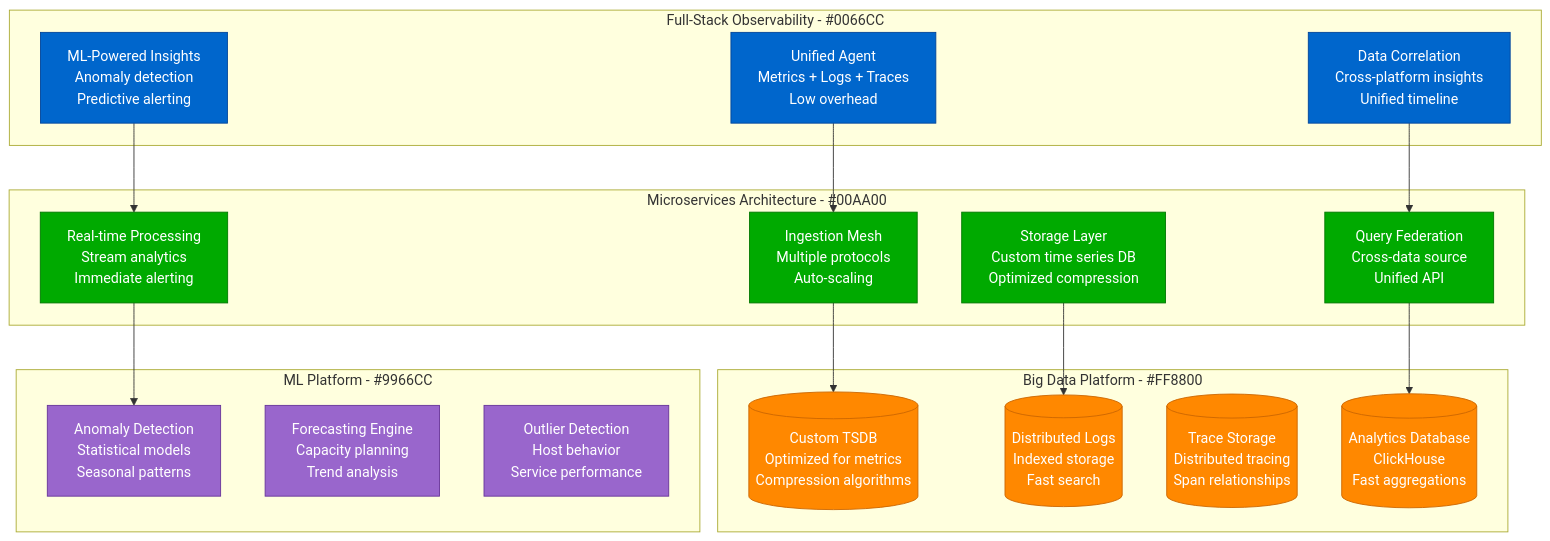
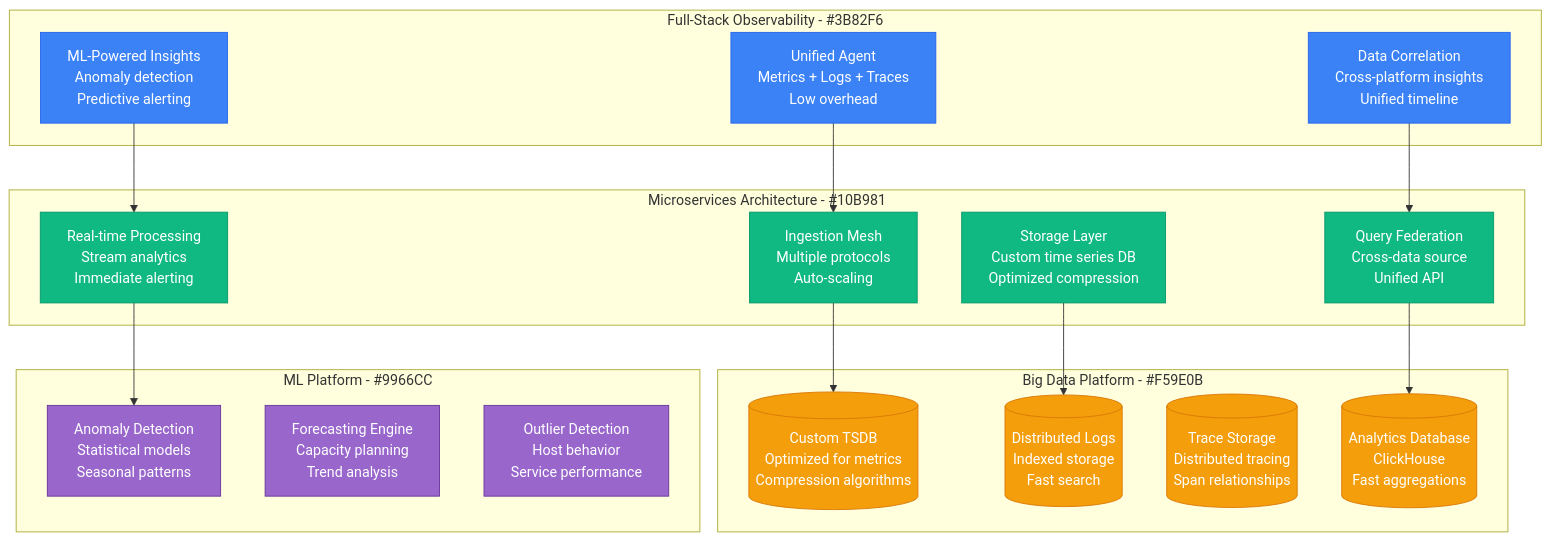
One commit to deepaucksharma/DS changed the third of 3 diagrams in site/docs/scaling/datadog-scale-evolution.md. Above: the diagram before and after it, drawn with Mermaid. The commit also changed other lines of this file and 187 other files, not shown here.

````diff
--- a/site/docs/scaling/datadog-scale-evolution.md
+++ b/site/docs/scaling/datadog-scale-evolution.md
@@ -120,46 +120,46 @@
 ```mermaid
 graph TB
-    subgraph ObservabilityPlatform[Full-Stack Observability - #0066CC]
+    subgraph ObservabilityPlatform[Full-Stack Observability - #3B82F6]
         UNIFIED_AGENT[Unified Agent<br/>Metrics + Logs + Traces<br/>Low overhead]
         CORRELATION[Data Correlation<br/>Cross-platform insights<br/>Unified timeline]
         ML_INSIGHTS[ML-Powered Insights<br/>Anomaly detection<br/>Predictive alerting]
     end
 
-    subgraph MicroservicesArch[Microservices Architecture - #00AA00]
+    subgraph MicroservicesArch[Microservices Architecture - #10B981]
         INGESTION_MESH[Ingestion Mesh<br/>Multiple protocols<br/>Auto-scaling]
         STORAGE_LAYER[Storage Layer<br/>Custom time series DB<br/>Optimized compression]
         QUERY_FEDERATION[Query Federation<br/>Cross-data source<br/>Unified API]
         REAL_TIME[Real-time Processing<br/>Stream analytics<br/>Immediate alerting]
     end
 
-    subgraph BigDataPlatform[Big Data Platform - #FF8800]
+    subgraph BigDataPlatform[Big Data Platform - #F59E0B]
         TIME_SERIES_DB[(Custom TSDB<br/>Optimized for metrics<br/>Compression algorithms)]
         DISTRIBUTED_LOGS[(Distributed Logs<br/>Indexed storage<br/>Fast search)]
         TRACE_STORAGE[(Trace Storage<br/>Distributed tracing<br/>Span relationships)]
         ANALYTICS_DB[(Analytics Database<br/>ClickHouse<br/>Fast aggregations)]
     end
 
     subgraph MLPlatform[ML Platform - #9966CC]
         ANOMALY_DETECTION[Anomaly Detection<br/>Statistical models<br/>Seasonal patterns]
         FORECASTING[Forecasting Engine<br/>Capacity planning<br/>Trend analysis]
         OUTLIER_DETECTION[Outlier Detection<br/>Host behavior<br/>Service performance]
     end
 
     UNIFIED_AGENT --> INGESTION_MESH
     CORRELATION --> QUERY_FEDERATION
     ML_INSIGHTS --> REAL_TIME
     INGESTION_MESH --> TIME_SERIES_DB
     STORAGE_LAYER --> DISTRIBUTED_LOGS
     QUERY_FEDERATION --> ANALYTICS_DB
     REAL_TIME --> ANOMALY_DETECTION
 
-    classDef observabilityStyle fill:#0066CC,stroke:#004499,color:#fff
-    classDef archStyle fill:#00AA00,stroke:#007700,color:#fff
-    classDef dataStyle fill:#FF8800,stroke:#CC6600,color:#fff
+    classDef observabilityStyle fill:#3B82F6,stroke:#2563EB,color:#fff
+    classDef archStyle fill:#10B981,stroke:#059669,color:#fff
+    classDef dataStyle fill:#F59E0B,stroke:#D97706,color:#fff
     classDef mlStyle fill:#9966CC,stroke:#663399,color:#fff
 
     class UNIFIED_AGENT,CORRELATION,ML_INSIGHTS observabilityStyle
     class INGESTION_MESH,STORAGE_LAYER,QUERY_FEDERATION,REAL_TIME archStyle
     class TIME_SERIES_DB,DISTRIBUTED_LOGS,TRACE_STORAGE,ANALYTICS_DB dataStyle
     class ANOMALY_DETECTION,FORECASTING,OUTLIER_DETECTION mlStyle
 ```
````
